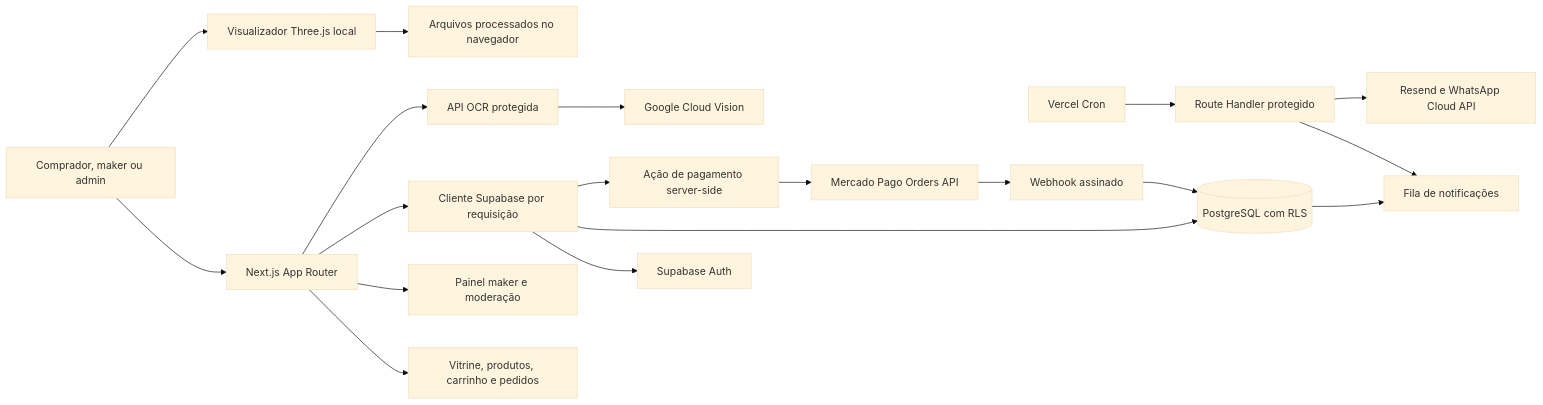
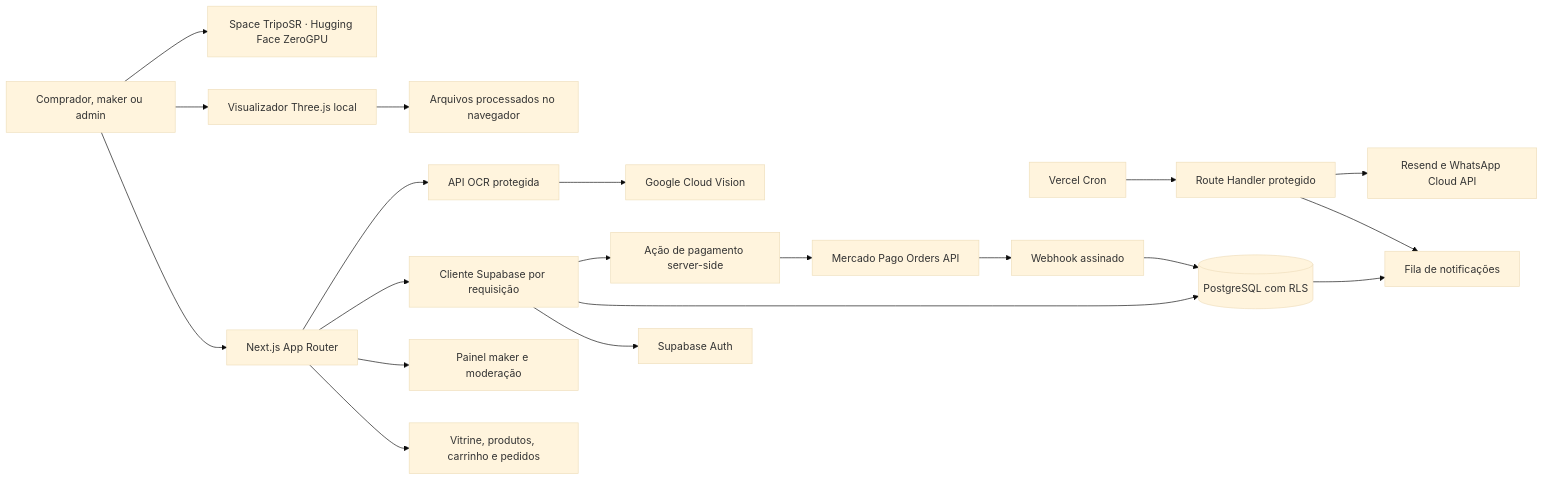
One commit to raphaelpera85/Portal-3D---Vira-Pe-a-3D changed the diagram in docs/architecture.md. Above: the diagram before and after it, drawn with Mermaid (base theme). The commit also changed other lines of this file and 18 other files, not shown here.

````diff
--- a/docs/architecture.md
+++ b/docs/architecture.md
@@ -9,21 +9,22 @@
 ```mermaid
 flowchart LR
   Browser[Comprador, maker ou admin] --> Next[Next.js App Router]
   Next --> Marketplace[Vitrine, produtos, carrinho e pedidos]
   Next --> Dashboards[Painel maker e moderação]
   Next --> SSR[Cliente Supabase por requisição]
   Browser --> Viewer[Visualizador Three.js local]
   Viewer --> LocalFiles[Arquivos processados no navegador]
   Next --> Ocr[API OCR protegida]
   Ocr --> Vision[Google Cloud Vision]
+  Browser --> Triposr[Space TripoSR · Hugging Face ZeroGPU]
   SSR --> Auth[Supabase Auth]
   SSR --> DB[(PostgreSQL com RLS)]
   DB --> Queue[Fila de notificações]
   Cron[Vercel Cron] --> Worker[Route Handler protegido]
   Worker --> Queue
   Worker --> Providers[Resend e WhatsApp Cloud API]
   SSR --> PaymentAction[Ação de pagamento server-side]
   PaymentAction --> MercadoPago[Mercado Pago Orders API]
   MercadoPago --> PaymentWebhook[Webhook assinado]
   PaymentWebhook --> DB
 ```
````
